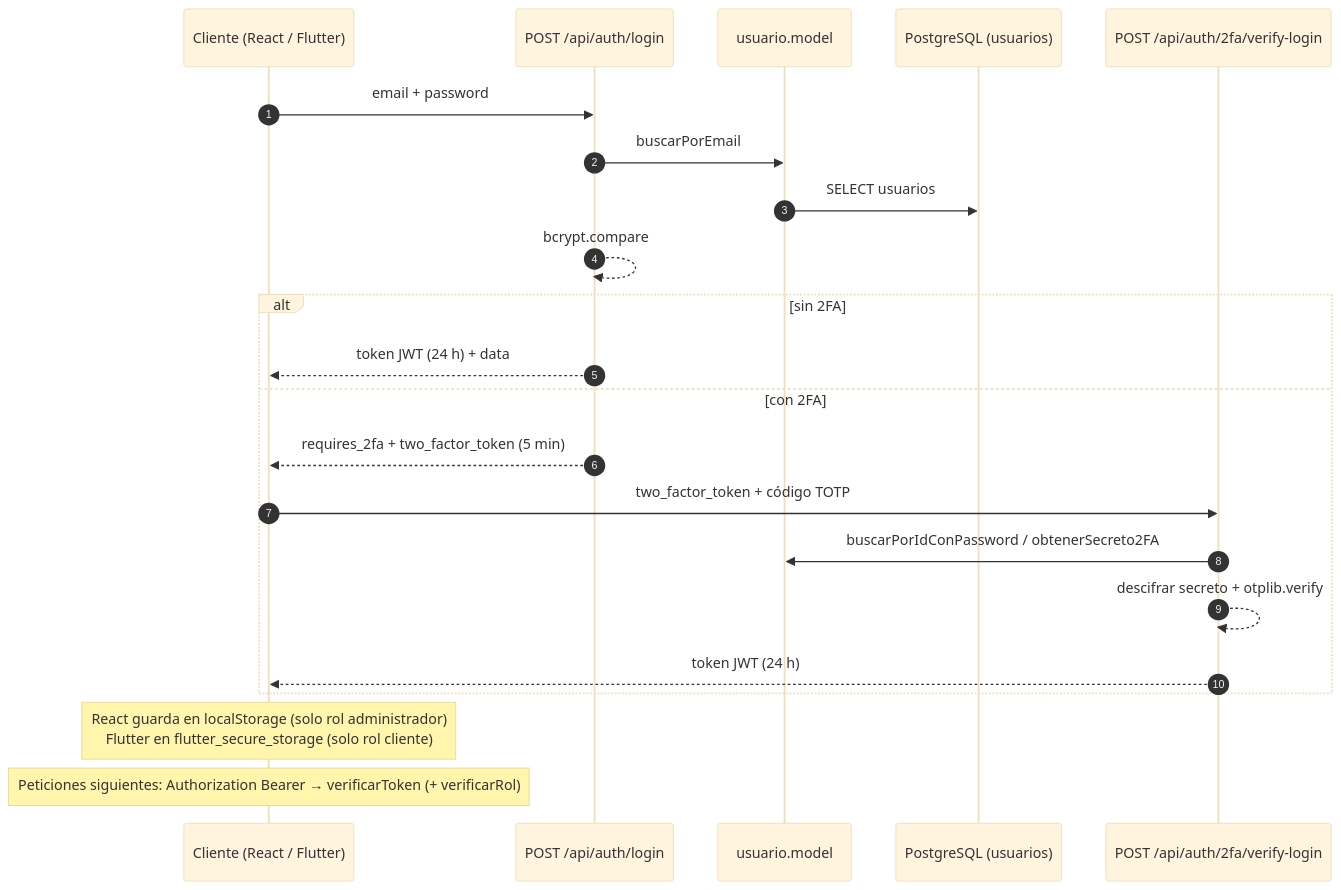
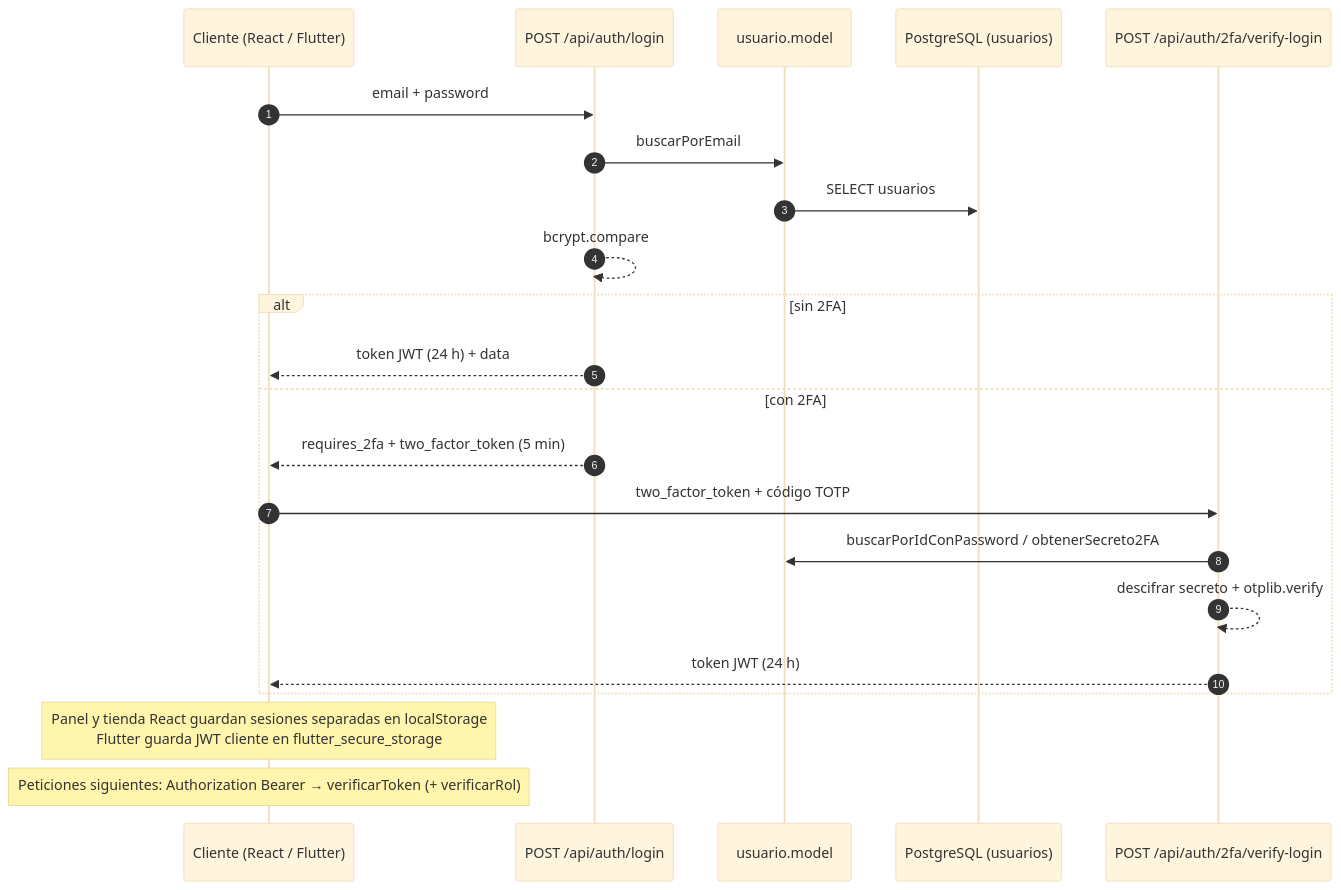
The diagram in docs/architecture/graphs/auth-flow.mmd (jimenezvegaedinson7-dot/librer-a), drawn with Mermaid (base theme) before and after one commit. The commit also changed 79 other files, not shown here.

```diff
--- a/docs/architecture/graphs/auth-flow.mmd
+++ b/docs/architecture/graphs/auth-flow.mmd
@@ -1,23 +1,23 @@
-%% Generado 2026-10-09 desde el código real (actualizar-mapa.mjs)
+%% Generado 2026-10-12 desde el código real (actualizar-mapa.mjs)
 sequenceDiagram
     autonumber
     participant C as Cliente (React / Flutter)
     participant A as POST /api/auth/login
     participant U as usuario.model
     participant DB as PostgreSQL (usuarios)
     participant V as POST /api/auth/2fa/verify-login
     C->>A: email + password
     A->>U: buscarPorEmail
     U->>DB: SELECT usuarios
     A-->>A: bcrypt.compare
     alt sin 2FA
         A-->>C: token JWT (24 h) + data
     else con 2FA
         A-->>C: requires_2fa + two_factor_token (5 min)
         C->>V: two_factor_token + código TOTP
         V->>U: buscarPorIdConPassword / obtenerSecreto2FA
         V-->>V: descifrar secreto + otplib.verify
         V-->>C: token JWT (24 h)
     end
-    Note over C: React guarda en localStorage (solo rol administrador)<br/>Flutter en flutter_secure_storage (solo rol cliente)
+    Note over C: Panel y tienda React guardan sesiones separadas en localStorage<br/>Flutter guarda JWT cliente en flutter_secure_storage
     Note over C: Peticiones siguientes: Authorization Bearer → verificarToken (+ verificarRol)
```
